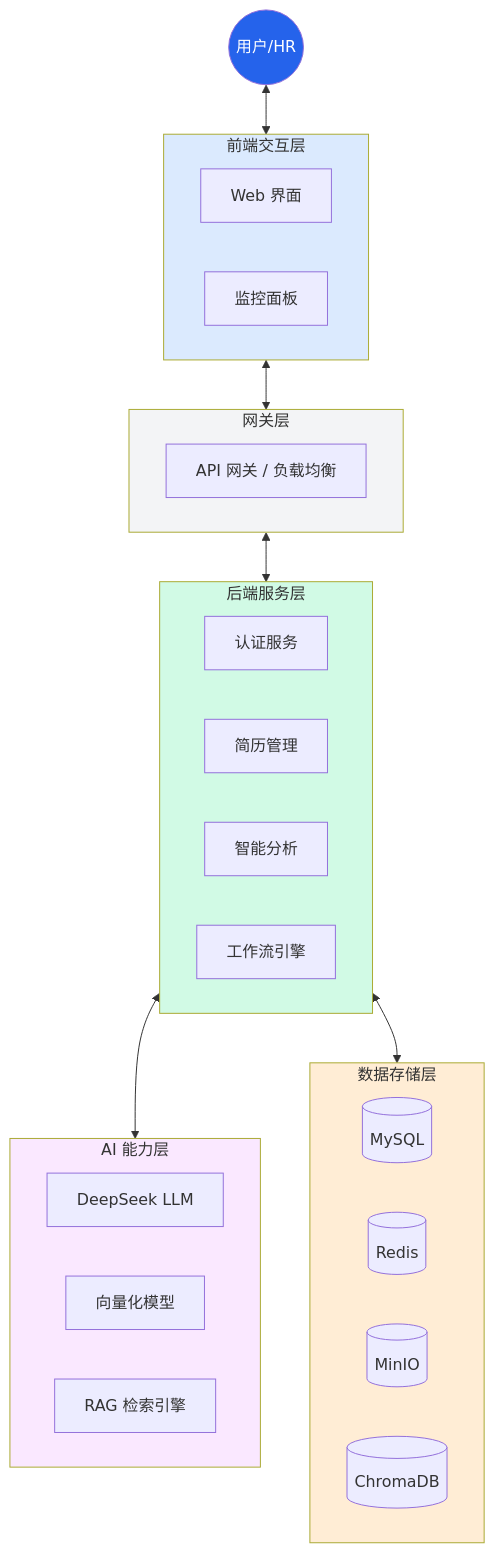
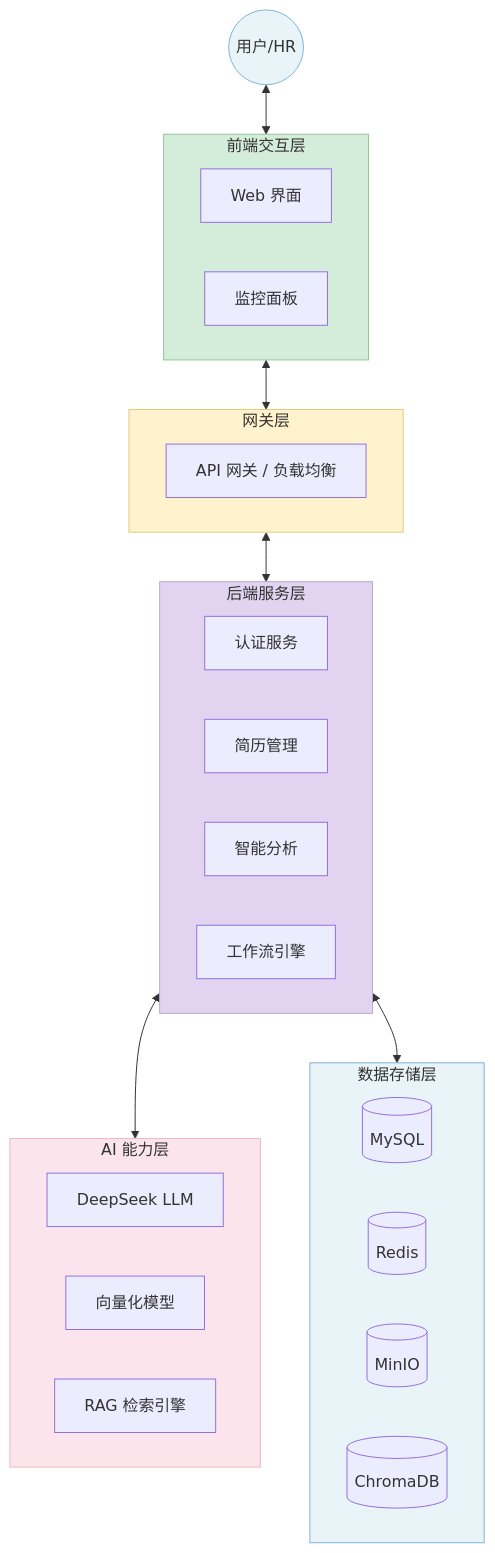
Before and after one commit to xt765/ResumeScreening: the third of 18 diagrams in README.md, drawn with Mermaid. The commit also changed other lines of this file and 4 other files, not shown here.

````diff
--- a/README.md
+++ b/README.md
@@ -85,46 +90,46 @@
 ```mermaid
 graph TD
     User((用户/HR))
     
     subgraph Frontend [前端交互层]
         UI[Web 界面]
         Monitor[监控面板]
     end
 
     subgraph Gateway [网关层]
         API_GW[API 网关 / 负载均衡]
     end
 
     subgraph Service [后端服务层]
         Auth[认证服务]
         Resume[简历管理]
         Analysis[智能分析]
         Workflow[工作流引擎]
     end
 
     subgraph AI_Core [AI 能力层]
         LLM[DeepSeek LLM]
         Embedding[向量化模型]
         RAG[RAG 检索引擎]
     end
 
     subgraph Data [数据存储层]
         MySQL[(MySQL)]
         Redis[(Redis)]
         MinIO[(MinIO)]
         Chroma[(ChromaDB)]
     end
 
     User <--> Frontend
     Frontend <--> Gateway
     Gateway <--> Service
     Service <--> AI_Core
     Service <--> Data
 
-    style User fill:#2563eb,color:#fff
-    style Frontend fill:#dbeafe
-    style Gateway fill:#f3f4f6
-    style Service fill:#d1fae5
-    style AI_Core fill:#fae8ff
-    style Data fill:#ffedd5
+    style User fill:#e8f4f8,stroke:#7fb3d5
+    style Frontend fill:#d4edda,stroke:#90c695
+    style Gateway fill:#fff3cd,stroke:#e0c97f
+    style Service fill:#e2d4f0,stroke:#b8a9d0
+    style AI_Core fill:#fce4ec,stroke:#f0b8c4
+    style Data fill:#e8f4f8,stroke:#7fb3d5
 ```
````
